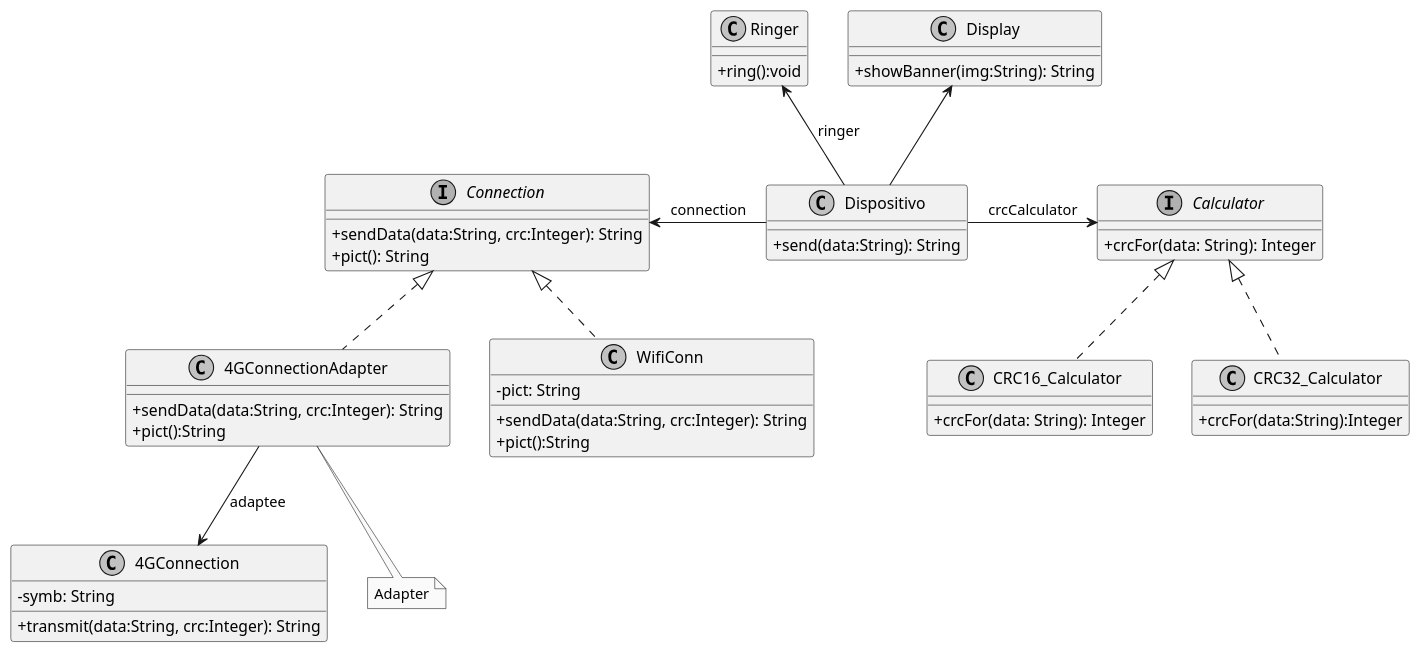
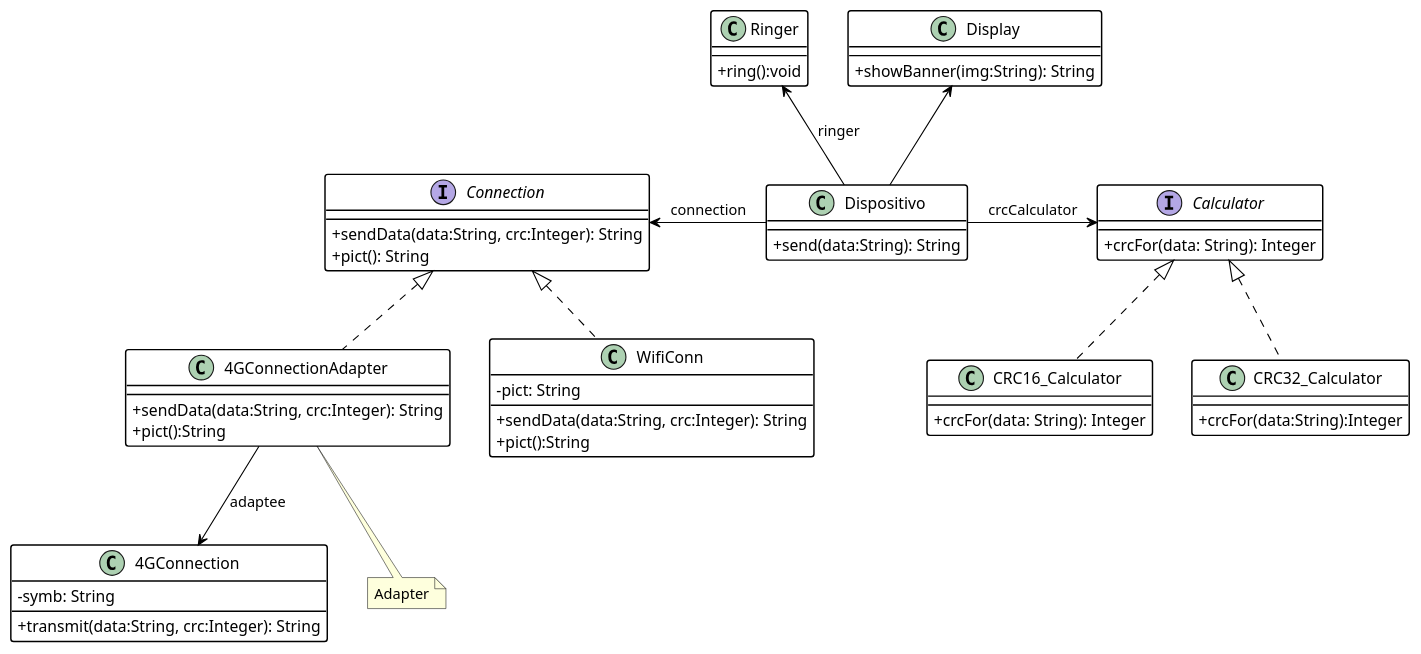
Before and after one commit to cd-paliv/oo2: the diagram in src/main/java/practica3/ejercicio3/ej3.wsd, drawn with PlantUML. The commit also changed 62 other files, not shown here.

```diff
--- a/src/main/java/practica3/ejercicio3/ej3.wsd
+++ b/src/main/java/practica3/ejercicio3/ej3.wsd
@@ -1,58 +1,62 @@
 @startuml ej3
-skinparam Monochrome true
+skinparam ClassBackgroundColor transparent
 skinparam classAttributeIconSize 0 
+skinparam ClassBorderThickness 1.3
+skinparam ClassBorderColor Black
+skinparam ArrowColor Black
+skinparam shadowing false
 
 class Dispositivo{
     +send(data:String): String
 }
 
 interface Calculator{
     +crcFor(data: String): Integer
 }
 class CRC16_Calculator{
  +crcFor(data: String): Integer
 }
 class CRC32_Calculator{
     +crcFor(data:String):Integer
 }
 Calculator <-left- Dispositivo : crcCalculator
 Calculator <|.. CRC16_Calculator
 Calculator <|.. CRC32_Calculator
 
 class Ringer{
     +ring():void
 }
 Ringer <-down- Dispositivo : ringer
 
 class Display{
     +showBanner(img:String): String
 }
 Display <-- Dispositivo
 
 interface Connection{
     +sendData(data:String, crc:Integer): String
     +pict(): String
 }
 Connection <-right- Dispositivo : connection
 
 class WifiConn{
     -pict: String
     +sendData(data:String, crc:Integer): String
     +pict():String
 }
 Connection <|.. WifiConn
 
 class 4GConnection{
     -symb: String
     +transmit(data:String, crc:Integer): String
 }
 note "Adapter" as N2
 class 4GConnectionAdapter{
     +sendData(data:String, crc:Integer): String
     +pict():String
 }
 N2 .up. 4GConnectionAdapter
 Connection <|.. 4GConnectionAdapter
 4GConnectionAdapter -d-> 4GConnection : adaptee
 
 @enduml
```
